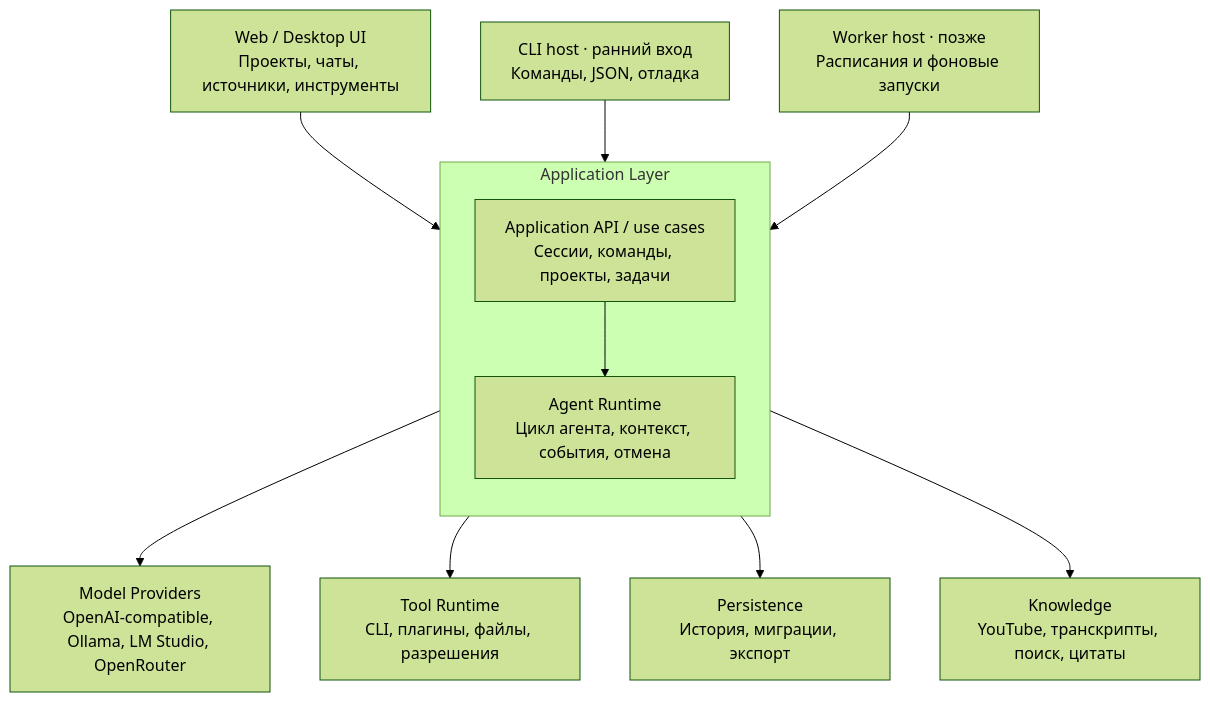
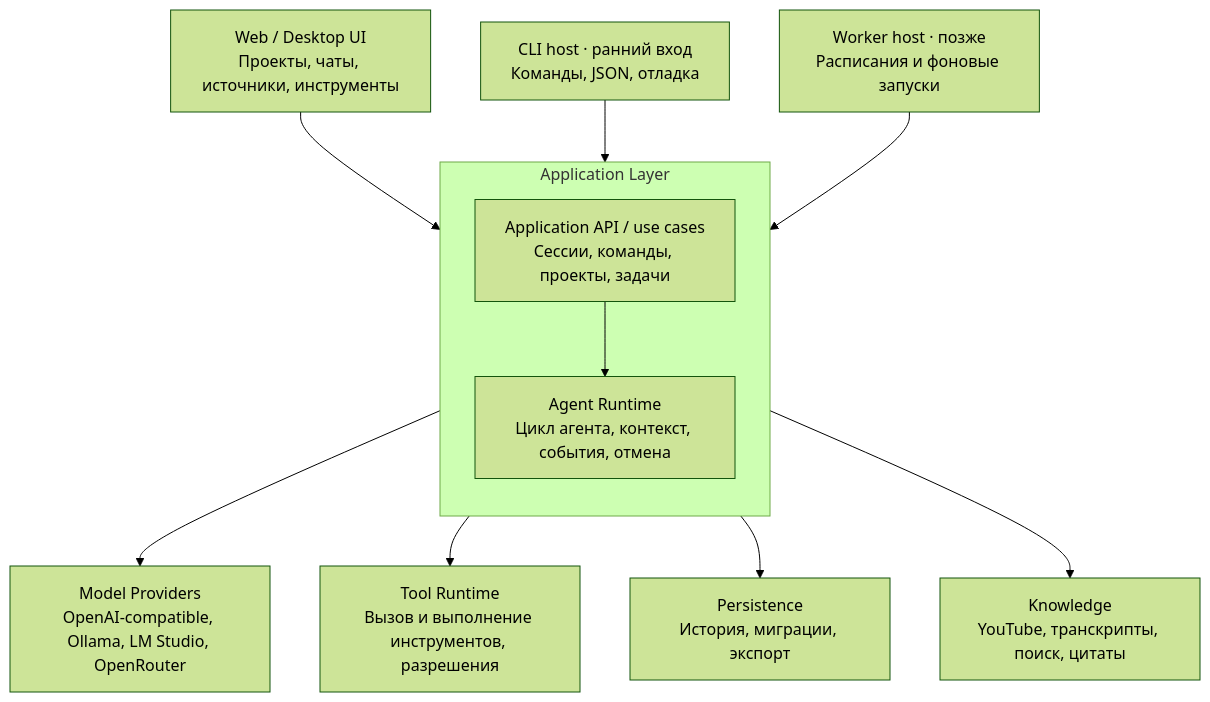
Before and after one commit to davy1ex/smysAgent: the diagram in docs/ARCHITECTURE.md, drawn with Mermaid (forest theme). The commit also changed other lines of this file and 2 other files, not shown here.

````diff
--- a/docs/ARCHITECTURE.md
+++ b/docs/ARCHITECTURE.md
@@ -9,17 +24,17 @@
 ```mermaid
 flowchart TB
   UI["Web / Desktop UI<br/>Проекты, чаты, источники, инструменты"]
   subgraph APP_LAYER[Application Layer]
     direction TB
     APP["Application API / use cases<br/>Сессии, команды, проекты, задачи"]
     CORE["Agent Runtime<br/>Цикл агента, контекст, события, отмена"]
     APP --> CORE
   end
   UI --> APP
   CLI["CLI host · ранний вход<br/>Команды, JSON, отладка"] --> APP
   WORKER["Worker host · позже<br/>Расписания и фоновые запуски"] --> APP
   CORE --> PROVIDERS["Model Providers<br/>OpenAI-compatible, Ollama, LM Studio, OpenRouter"]
-  CORE --> TOOLS["Tool Runtime<br/>CLI, плагины, файлы, разрешения"]
+  CORE --> TOOLS["Tool Runtime<br/>Вызов и выполнение инструментов, разрешения"]
   CORE --> STORAGE["Persistence<br/>История, миграции, экспорт"]
   CORE --> KNOWLEDGE["Knowledge<br/>YouTube, транскрипты, поиск, цитаты"]
 ```
````
